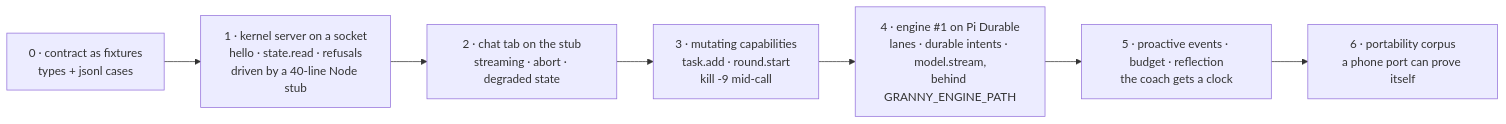
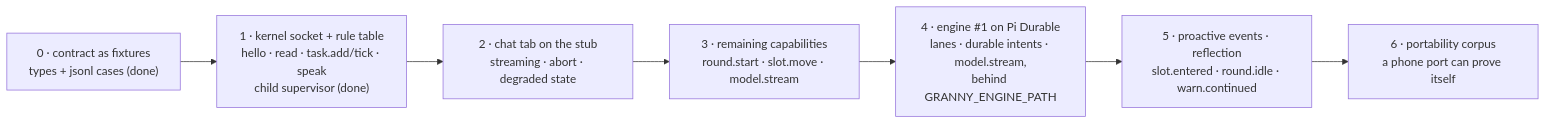
The fourth of 4 diagrams in docs/ENGINE.md (HappyVoxel/granny), drawn with Mermaid before and after one commit. The commit also changed other lines of this file and 7 other files, not shown here.

````diff
--- a/docs/ENGINE.md
+++ b/docs/ENGINE.md
@@ -328,9 +328,9 @@
 ```mermaid
 flowchart LR
-    S0["0 · contract as fixtures<br/>types + jsonl cases"] --> S1["1 · kernel server on a socket<br/>hello · state.read · refusals<br/>driven by a 40-line Node stub"]
+    S0["0 · contract as fixtures<br/>types + jsonl cases (done)"] --> S1["1 · kernel socket + rule table<br/>hello · read · task.add/tick · speak<br/>child supervisor (done)"]
     S1 --> S2["2 · chat tab on the stub<br/>streaming · abort · degraded state"]
-    S2 --> S3["3 · mutating capabilities<br/>task.add · round.start<br/>kill -9 mid-call"]
+    S2 --> S3["3 · remaining capabilities<br/>round.start · slot.move · model.stream"]
     S3 --> S4["4 · engine #1 on Pi Durable<br/>lanes · durable intents · model.stream,<br/>behind GRANNY_ENGINE_PATH"]
-    S4 --> S5["5 · proactive events · budget · reflection<br/>the coach gets a clock"]
+    S4 --> S5["5 · proactive events · reflection<br/>slot.entered · round.idle · warn.continued"]
     S5 --> S6["6 · portability corpus<br/>a phone port can prove itself"]
 ```
````
